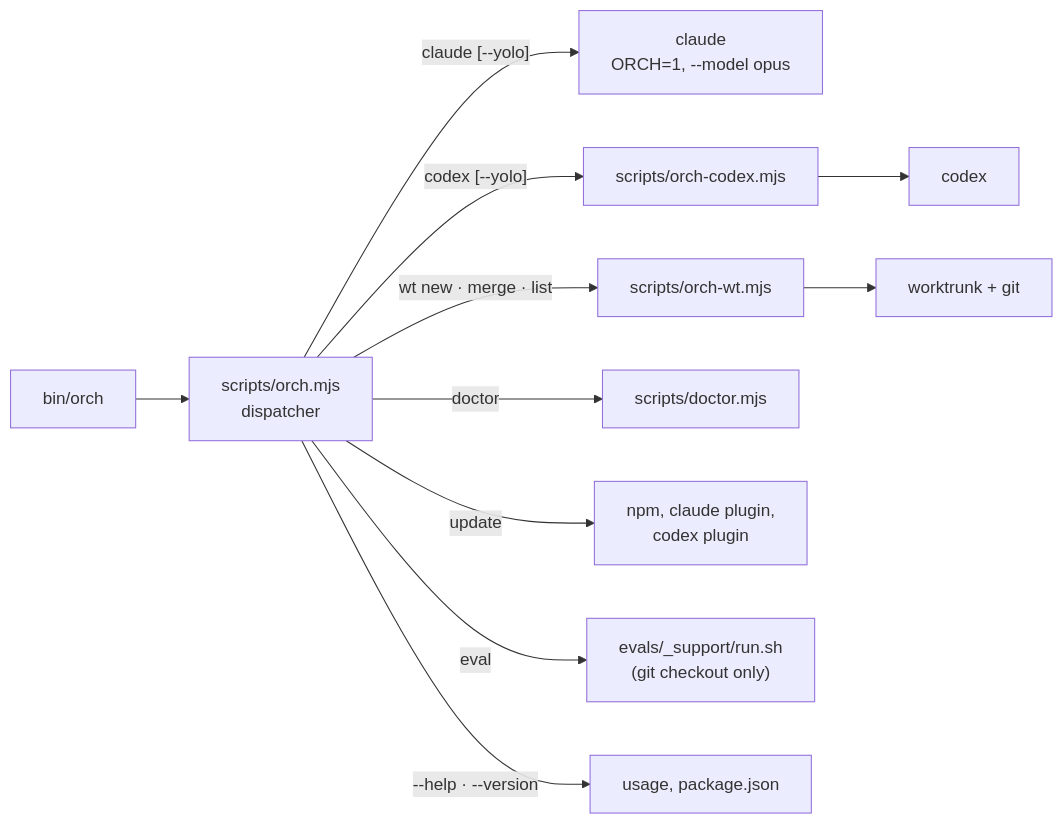
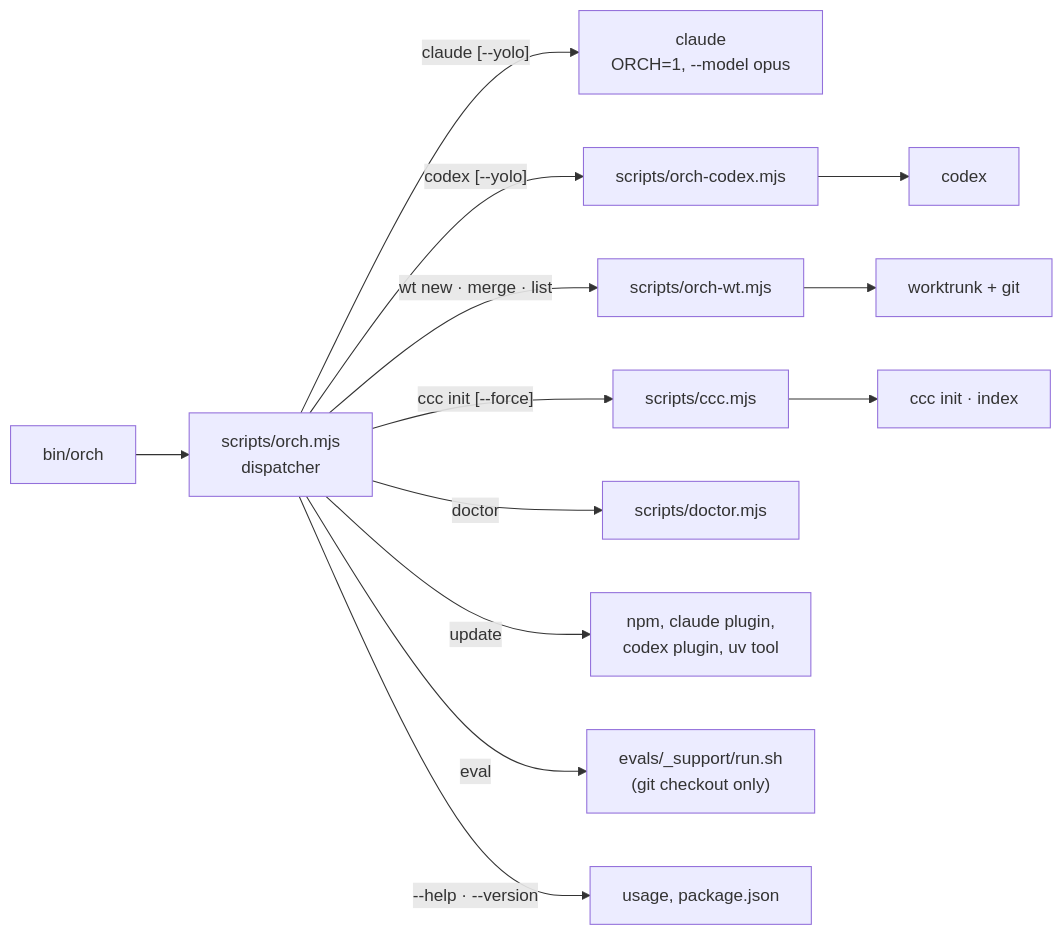
One commit to crafts69guy/orchestra changed the fifth of 9 diagrams in docs/ARCHITECTURE.md. Above: the diagram before and after it, drawn with Mermaid. The commit also changed other lines of this file and 19 other files, not shown here.

````diff
--- a/docs/ARCHITECTURE.md
+++ b/docs/ARCHITECTURE.md
@@ -163,11 +166,12 @@
 ```mermaid
 flowchart LR
   bin["bin/orch"] --> disp["scripts/orch.mjs<br/>dispatcher"]
   disp -->|"claude [--yolo]"| claude["claude<br/>ORCH=1, --model opus"]
   disp -->|"codex [--yolo]"| ocx["scripts/orch-codex.mjs"] --> codex["codex"]
   disp -->|"wt new · merge · list"| owt["scripts/orch-wt.mjs"] --> wt["worktrunk + git"]
+  disp -->|"ccc init [--force]"| occ["scripts/ccc.mjs"] --> ccc["ccc init · index"]
   disp -->|"doctor"| doc["scripts/doctor.mjs"]
-  disp -->|"update"| upd["npm, claude plugin,<br/>codex plugin"]
+  disp -->|"update"| upd["npm, claude plugin,<br/>codex plugin, uv tool"]
   disp -->|"eval"| ev["evals/_support/run.sh<br/>(git checkout only)"]
   disp -->|"--help · --version"| pkg["usage, package.json"]
 ```
````
